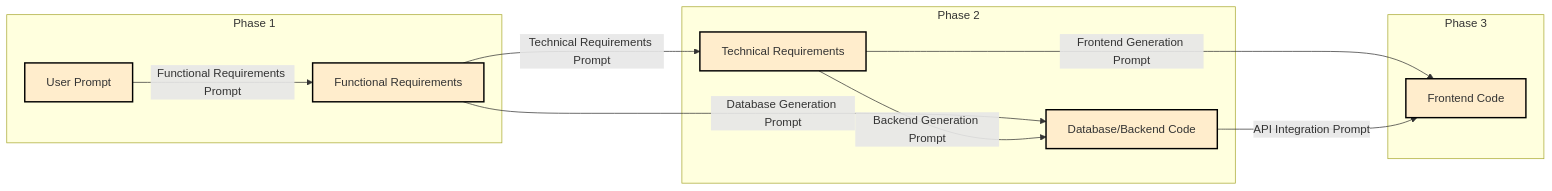
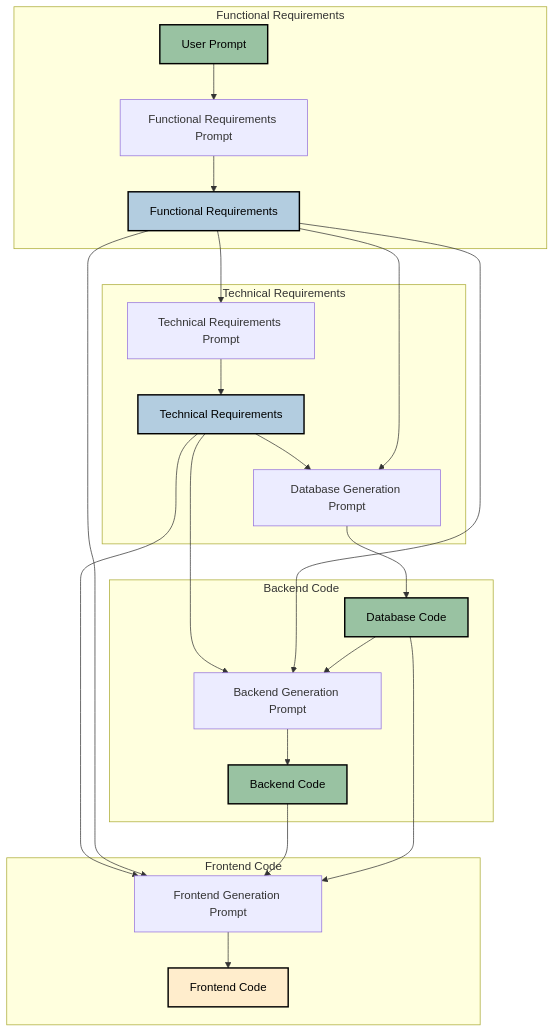
The diagram in README.md (vivek100/oneShotCodeGen), drawn with Mermaid before and after one commit.

Commit message:
Update README.md
Fixed the graph

````diff
--- a/README.md
+++ b/README.md
@@ -17,20 +17,35 @@
 ```mermaid
-graph LR
-subgraph Phase 1
-A[User Prompt] -->|Functional Requirements Prompt| B[Functional Requirements]
+graph TD
+subgraph Functional Requirements
+A[User Prompt] -->| | F[Functional Requirements Prompt]
+F[Functional Requirements Prompt] --> | | B[Functional Requirements]
 end
-subgraph Phase 2
-B -->|Technical Requirements Prompt| C[Technical Requirements]
-B -->|Database Generation Prompt| D[Database/Backend Code]
-C -->|Backend Generation Prompt| D
+subgraph Technical Requirements
+B -->| | G[Technical Requirements Prompt]
+G[Technical Requirements Prompt] --> | | C[Technical Requirements]
+C --> | | h
 end
-subgraph Phase 3
-C -->|Frontend Generation Prompt| E[Frontend Code]
-D -->|API Integration Prompt| E
+subgraph Backend Code
+h[Database Generation Prompt] --> | | D[Database Code]
+C -->| | I[Backend Generation Prompt]
+B -->| | I[Backend Generation Prompt]
+B -->| | h[Database Generation Prompt]
+I[Backend Generation Prompt] -->| | K[Backend Code]
+D -->| | I
 end
-style A fill:#ffedcc,stroke:#000,stroke-width:2px
-style B fill:#ffedcc,stroke:#000,stroke-width:2px
-style C fill:#ffedcc,stroke:#000,stroke-width:2px
-style D fill:#ffedcc,stroke:#000,stroke-width:2px
-style E fill:#ffedcc,stroke:#000,stroke-width:2px
+subgraph Frontend Code
+C -->| |J[Frontend Generation Prompt]
+J[Frontend Generation Prompt] --> | | E[Frontend Code]
+B -->| | J[Frontend Generation Prompt]
+K[Backend Code] -->| | J[Frontend Generation Prompt]
+D --> | | J
+
+end
+style A fill:#99c2a2,stroke:#000,stroke-width:2px,color:#000
+style B fill:#b3cde0,stroke:#000,stroke-width:2px,color:#000
+style C fill:#b3cde0,stroke:#000,stroke-width:2px,color:#000
+style D fill:#99c2a2,stroke:#000,stroke-width:2px,color:#000
+style E fill:#ffedcc,stroke:#000,stroke-width:2px,color:#000
+style K fill:#99c2a2,stroke:#000,stroke-width:2px,color:#000
+
 ```
````
